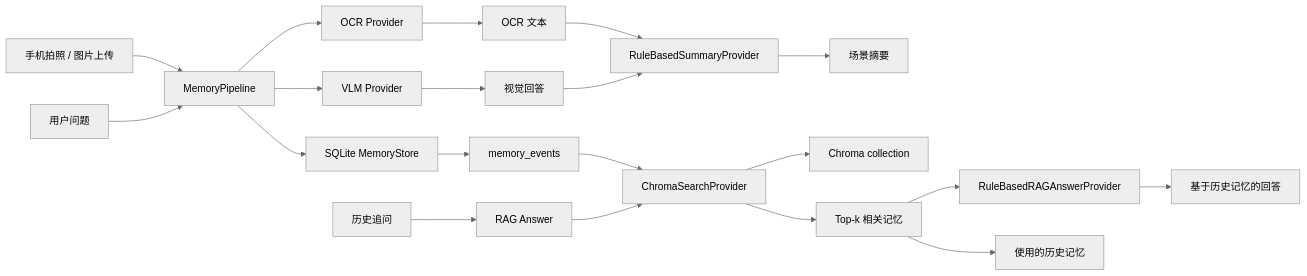
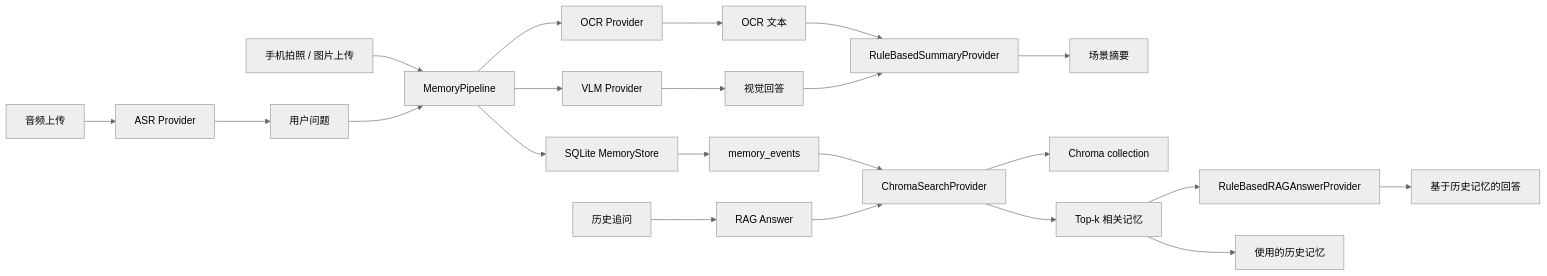
One commit to bashirmusamagaji19-debug/Arglasses changed the diagram in docs/architecture/system-architecture.md. Above: the diagram before and after it, drawn with Mermaid (neutral theme). The commit also changed other lines of this file and 22 other files, not shown here.

````diff
--- a/docs/architecture/system-architecture.md
+++ b/docs/architecture/system-architecture.md
@@ -15,22 +15,24 @@
 ```mermaid
 flowchart LR
     A["手机拍照 / 图片上传"] --> B["MemoryPipeline"]
     C["用户问题"] --> B
+    T["音频上传"] --> U["ASR Provider"]
+    U --> C
     B --> D["OCR Provider"]
     B --> E["VLM Provider"]
     D --> F["OCR 文本"]
     E --> G["视觉回答"]
     F --> H["RuleBasedSummaryProvider"]
     G --> H
     H --> I["场景摘要"]
     B --> J["SQLite MemoryStore"]
     J --> K["memory_events"]
     K --> L["ChromaSearchProvider"]
     L --> M["Chroma collection"]
     N["历史追问"] --> O["RAG Answer"]
     O --> L
     L --> P["Top-k 相关记忆"]
     P --> Q["RuleBasedRAGAnswerProvider"]
     Q --> R["基于历史记忆的回答"]
     P --> S["使用的历史记忆"]
 ```
````
